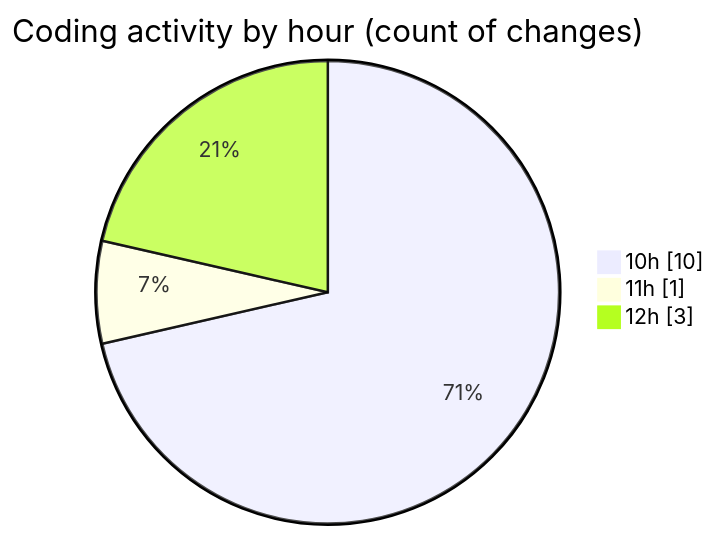
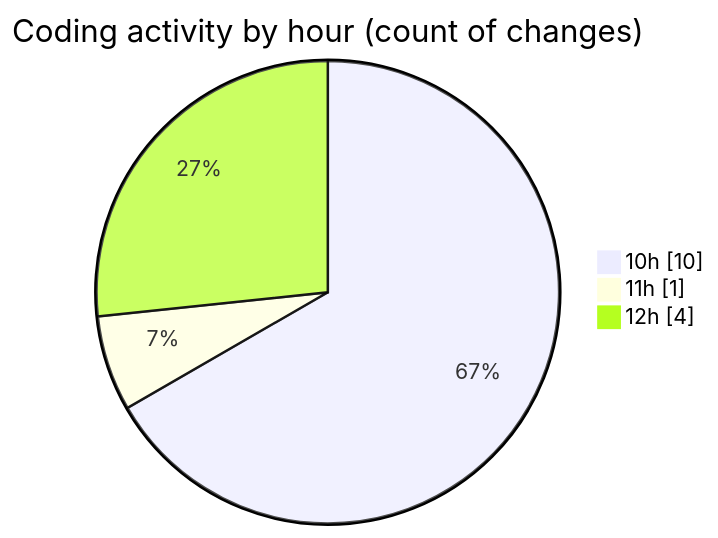
The second of 2 diagrams in 2025-11-04/web/README.md (LanceThiago/code-tracking), drawn with Mermaid before and after one commit. The commit also changed other lines of this file and 1 other file, not shown here.

````diff
--- a/2025-11-04/web/README.md
+++ b/2025-11-04/web/README.md
@@ -37,7 +37,7 @@
 ```mermaid
 pie showData
 title Coding activity by hour (count of changes)
 "10h" : 10
 "11h" : 1
-"12h" : 3
+"12h" : 4
 ```
````
